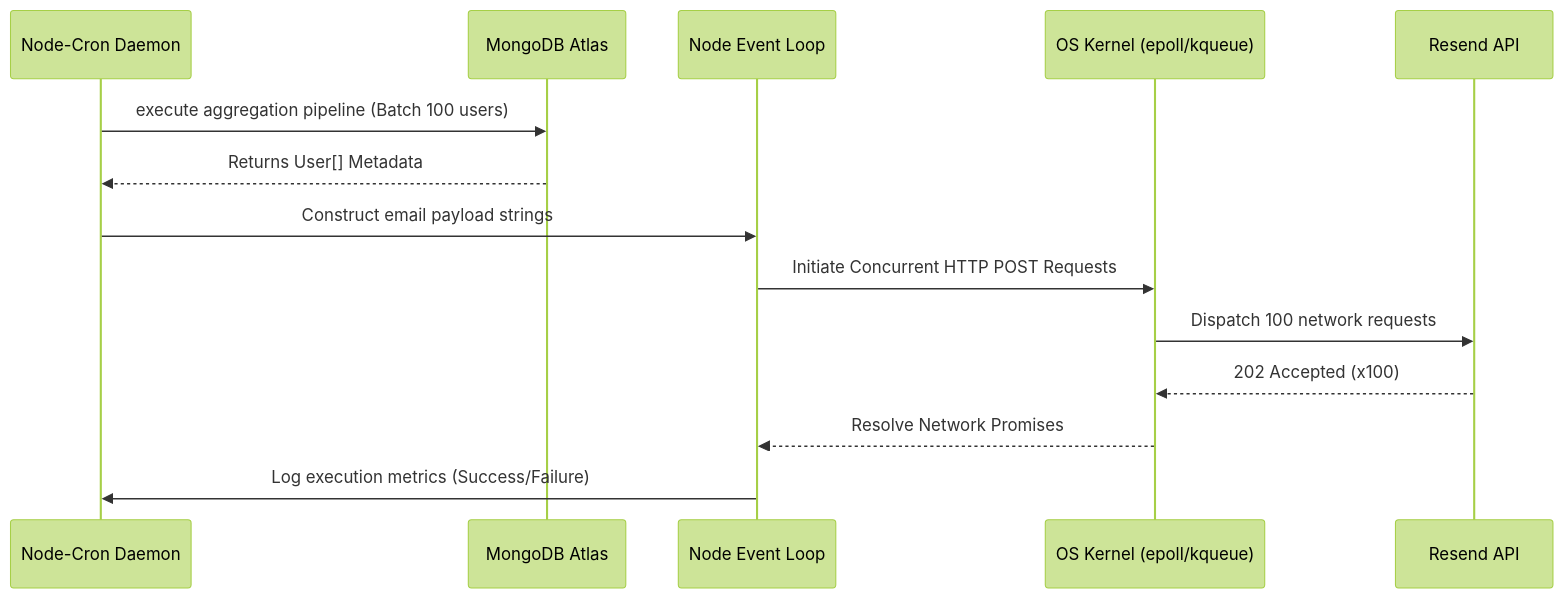
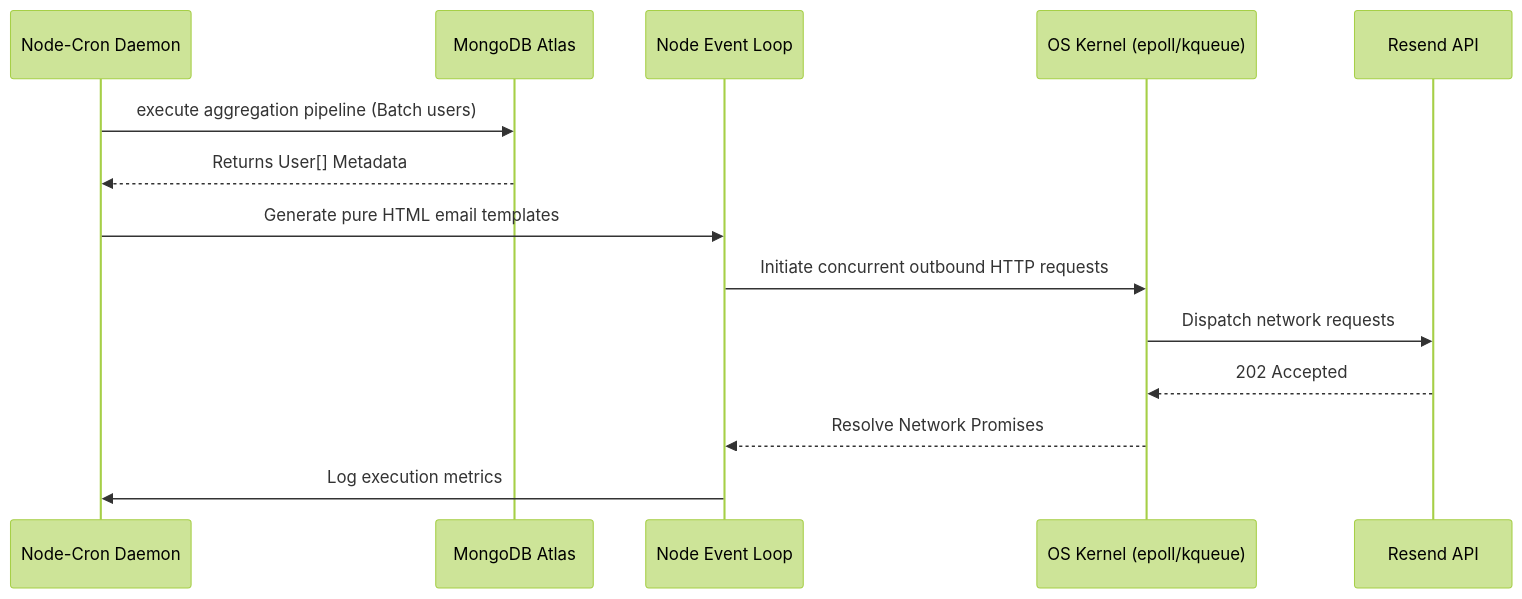
One commit to sandeep-kumar-270904/my-personal-tracking-system- changed the fourth of 5 diagrams in README.md. Above: the diagram before and after it, drawn with Mermaid (forest theme). The commit also changed other lines of this file, not shown here.

````diff
--- a/README.md
+++ b/README.md
@@ -241,17 +195,17 @@
 ```mermaid
 sequenceDiagram
     participant Cron as Node-Cron Daemon
     participant DB as MongoDB Atlas
     participant V8 as Node Event Loop
     participant OS as OS Kernel (epoll/kqueue)
     participant SMTP as Resend API
     
-    Cron->>DB: execute aggregation pipeline (Batch 100 users)
+    Cron->>DB: execute aggregation pipeline (Batch users)
     DB-->>Cron: Returns User[] Metadata
-    Cron->>V8: Construct email payload strings
-    V8->>OS: Initiate Concurrent HTTP POST Requests
-    OS->>SMTP: Dispatch 100 network requests
-    SMTP-->>OS: 202 Accepted (x100)
+    Cron->>V8: Generate pure HTML email templates
+    V8->>OS: Initiate concurrent outbound HTTP requests
+    OS->>SMTP: Dispatch network requests
+    SMTP-->>OS: 202 Accepted
     OS-->>V8: Resolve Network Promises
-    V8->>Cron: Log execution metrics (Success/Failure)
+    V8->>Cron: Log execution metrics
 ```
````
